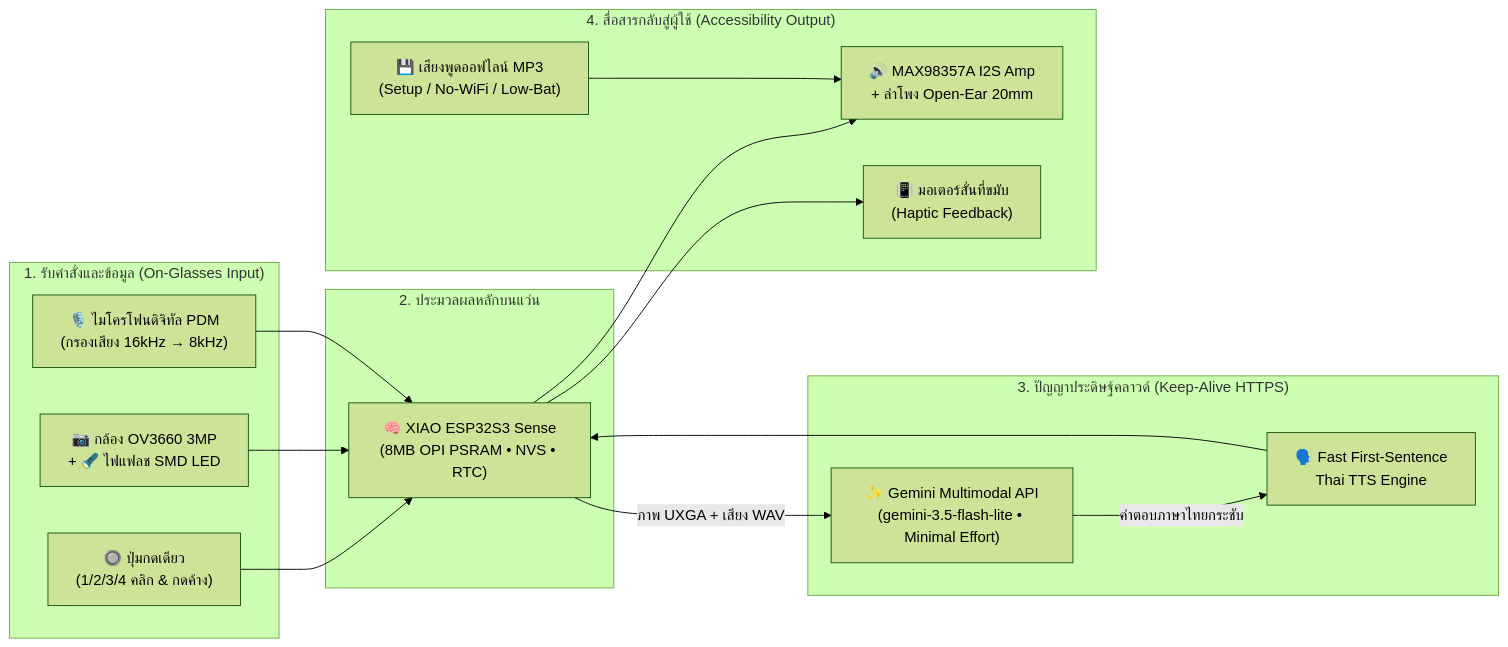
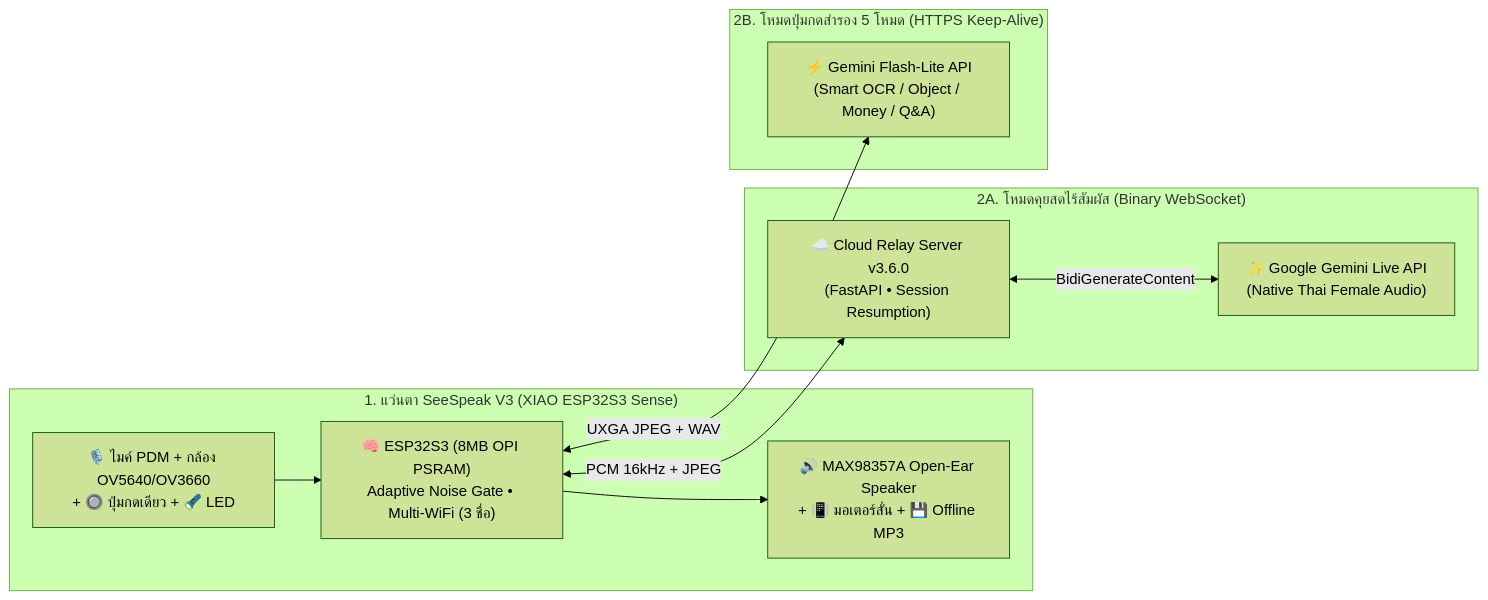
The diagram in README.md (newsoyes/SeeSpeak), drawn with Mermaid (forest theme) before and after one commit. The commit also changed other lines of this file and 127 other files, not shown here.

Commit message:
Organize repository for SeeSpeak V3 (Regional 2569) & scrub API keys

````diff
--- a/README.md
+++ b/README.md
@@ -93,33 +95,23 @@
 ```mermaid
 flowchart LR
-    subgraph INPUT["1. รับคำสั่งและข้อมูล (On-Glasses Input)"]
-        BTN["🔘 ปุ่มกดเดียว\n(1/2/3/4 คลิก & กดค้าง)"]
-        CAM["📷 กล้อง OV3660 3MP\n+ 🔦 ไฟแฟลช SMD LED"]
-        MIC["🎙️ ไมโครโฟนดิจิทัล PDM\n(กรองเสียง 16kHz → 8kHz)"]
+    subgraph GLASSES["1. แว่นตา SeeSpeak V3 (XIAO ESP32S3 Sense)"]
+        MIC["🎙️ ไมค์ PDM + กล้อง OV5640/OV3660\n+ 🔘 ปุ่มกดเดียว + 🔦 LED"]
+        ESP["🧠 ESP32S3 (8MB OPI PSRAM)\nAdaptive Noise Gate • Multi-WiFi (3 ชื่อ)"]
+        OUT["🔊 MAX98357A Open-Ear Speaker\n+ 📳 มอเตอร์สั่น + 💾 Offline MP3"]
     end
 
-    subgraph MCU["2. ประมวลผลหลักบนแว่น"]
-        ESP["🧠 XIAO ESP32S3 Sense\n(8MB OPI PSRAM • NVS • RTC)"]
+    subgraph LIVE["2A. โหมดคุยสดไร้สัมผัส (Binary WebSocket)"]
+        RELAY["☁️ Cloud Relay Server v3.6.0\n(FastAPI • Session Resumption)"]
+        GEMLIVE["✨ Google Gemini Live API\n(Native Thai Female Audio)"]
     end
 
-    subgraph CLOUD["3. ปัญญาประดิษฐ์คลาวด์ (Keep-Alive HTTPS)"]
-        AI["✨ Gemini Multimodal API\n(gemini-3.5-flash-lite • Minimal Effort)"]
-        TTS["🗣️ Fast First-Sentence\nThai TTS Engine"]
+    subgraph BTN["2B. โหมดปุ่มกดสำรอง 5 โหมด (HTTPS Keep-Alive)"]
+        GEMFLASH["⚡ Gemini Flash-Lite API\n(Smart OCR / Object / Money / Q&A)"]
     end
 
-    subgraph OUTPUT["4. สื่อสารกลับสู่ผู้ใช้ (Accessibility Output)"]
-        AMP["🔊 MAX98357A I2S Amp\n+ ลำโพง Open-Ear 20mm"]
-        VIB["📳 มอเตอร์สั่นที่ขมับ\n(Haptic Feedback)"]
-        OFF["💾 เสียงพูดออฟไลน์ MP3\n(Setup / No-WiFi / Low-Bat)"]
-    end
-
-    BTN --> ESP
-    CAM --> ESP
     MIC --> ESP
-    ESP -- "ภาพ UXGA + เสียง WAV" --> AI
-    AI -- "คำตอบภาษาไทยกระชับ" --> TTS
-    TTS --> ESP
-    ESP --> AMP
-    ESP --> VIB
-    OFF --> AMP
+    ESP <-->|"PCM 16kHz + JPEG"| RELAY
+    RELAY <-->|"BidiGenerateContent"| GEMLIVE
+    ESP <-->|"UXGA JPEG + WAV"| GEMFLASH
+    ESP --> OUT
 ```
````
